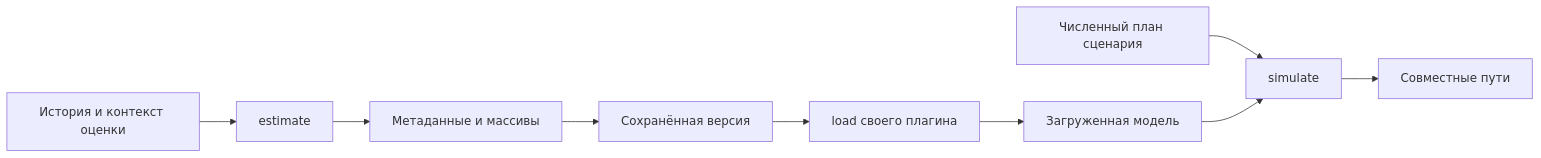
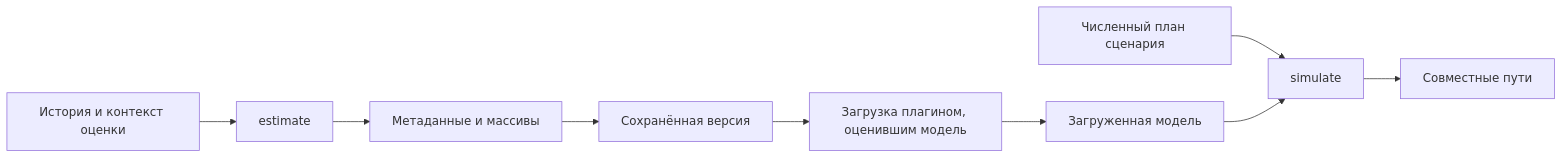
Before and after one commit to LeoLourson/MacroStress-DSH: the diagram in src/mst/model_sdk/README.md, drawn with Mermaid. The commit also changed other lines of this file and 62 other files, not shown here.

````diff
--- a/src/mst/model_sdk/README.md
+++ b/src/mst/model_sdk/README.md
@@ -9,11 +9,11 @@
 ```mermaid
 flowchart LR
     C[История и контекст оценки] --> E[estimate]
     E --> P[Метаданные и массивы]
     P --> V[Сохранённая версия]
-    V --> L[load своего плагина]
+    V --> L[Загрузка плагином, оценившим модель]
     L --> M[Загруженная модель]
     S[Численный план сценария] --> D[simulate]
     M --> D
     D --> R[Совместные пути]
 ```
````
